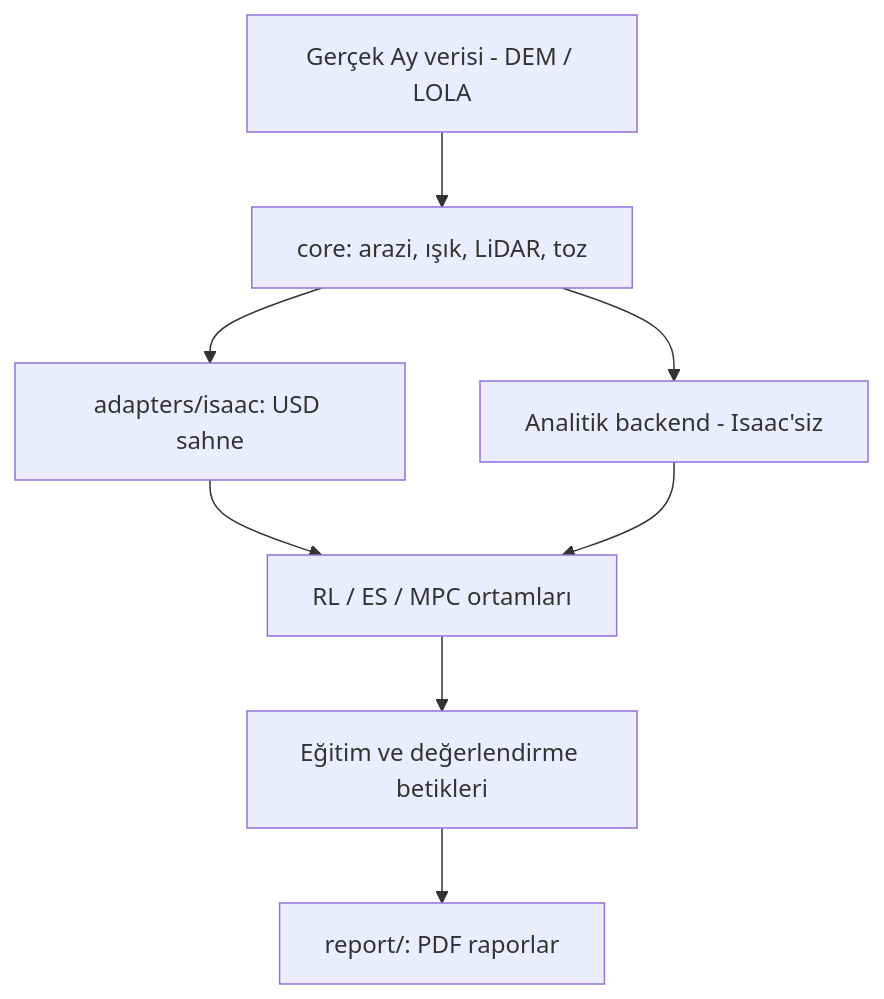
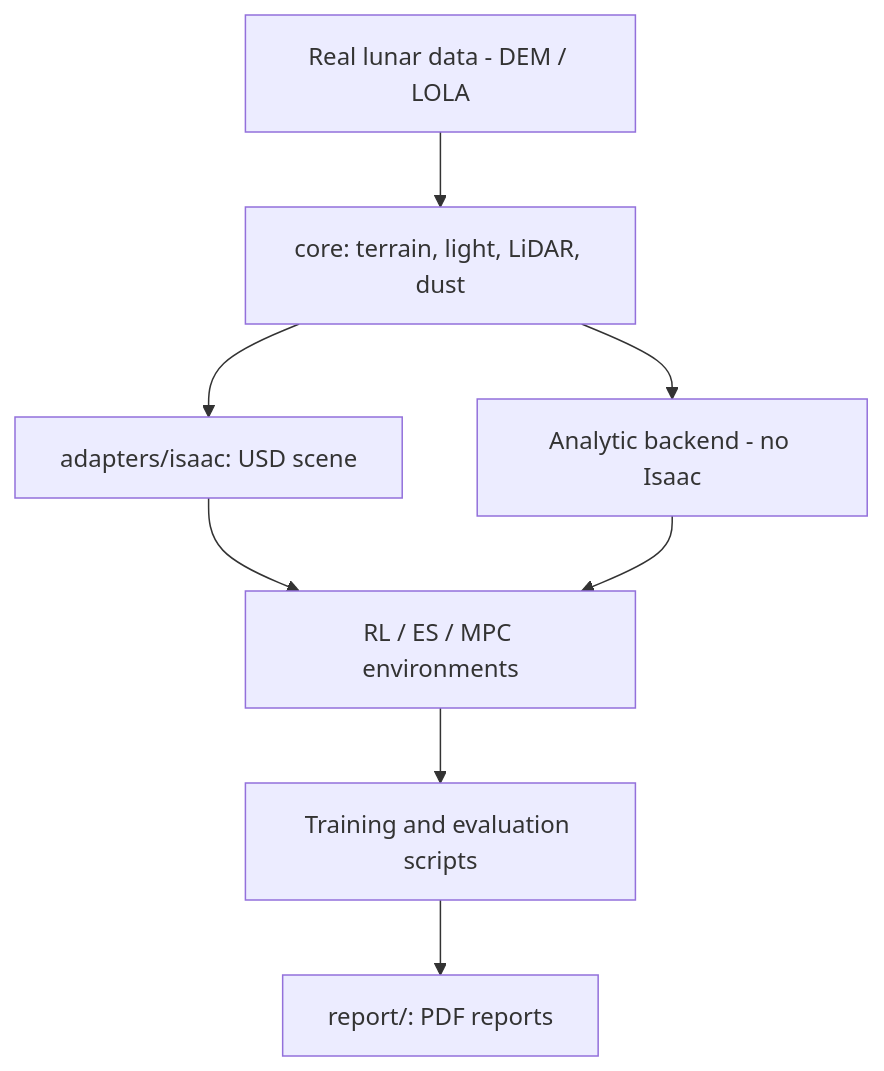
Before and after one commit to GulogluHaktan/LunarSim: the diagram in README.md, drawn with Mermaid. The commit also changed other lines of this file and 1 other file, not shown here.

````diff
--- a/README.md
+++ b/README.md
@@ -28,10 +30,10 @@
 ```mermaid
 flowchart TD
-  DATA["Gerçek Ay verisi - DEM / LOLA"] --> CORE["core: arazi, ışık, LiDAR, toz"]
-  CORE --> ISAAC["adapters/isaac: USD sahne"]
-  CORE --> AN["Analitik backend - Isaac'siz"]
-  ISAAC --> ENVS["RL / ES / MPC ortamları"]
+  DATA["Real lunar data - DEM / LOLA"] --> CORE["core: terrain, light, LiDAR, dust"]
+  CORE --> ISAAC["adapters/isaac: USD scene"]
+  CORE --> AN["Analytic backend - no Isaac"]
+  ISAAC --> ENVS["RL / ES / MPC environments"]
   AN --> ENVS
-  ENVS --> RUN["Eğitim ve değerlendirme betikleri"]
-  RUN --> REP["report/: PDF raporlar"]
+  ENVS --> RUN["Training and evaluation scripts"]
+  RUN --> REP["report/: PDF reports"]
 ```
````
